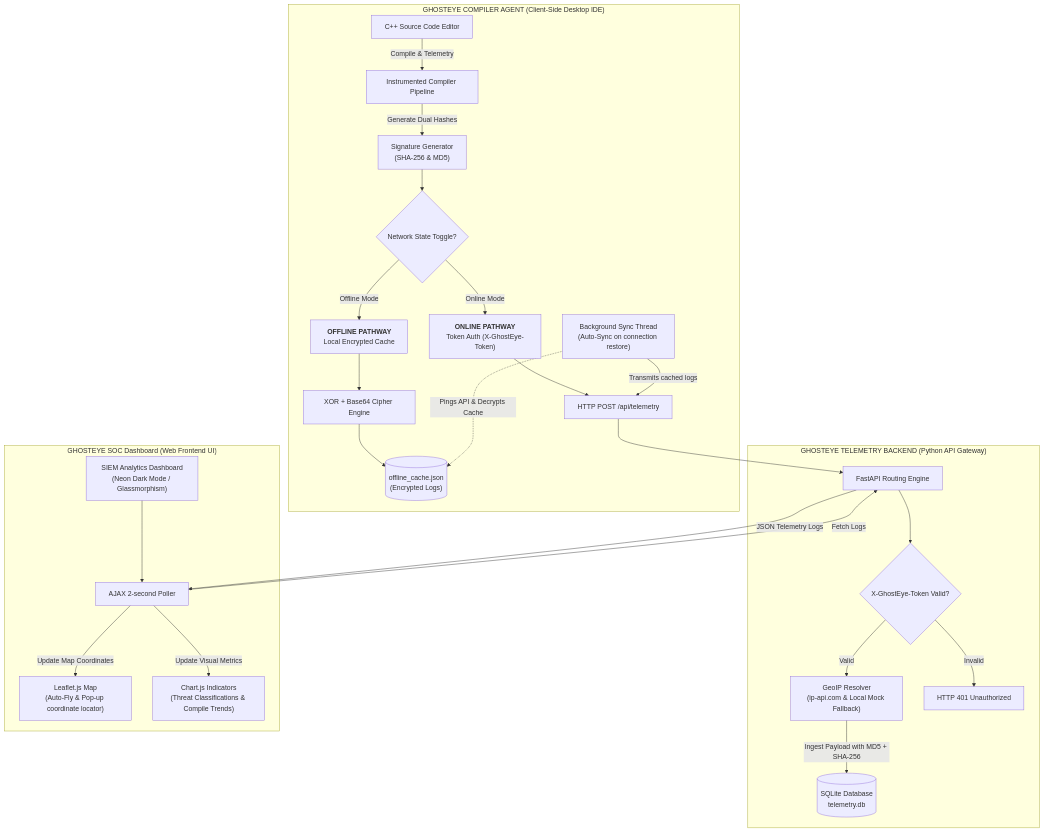
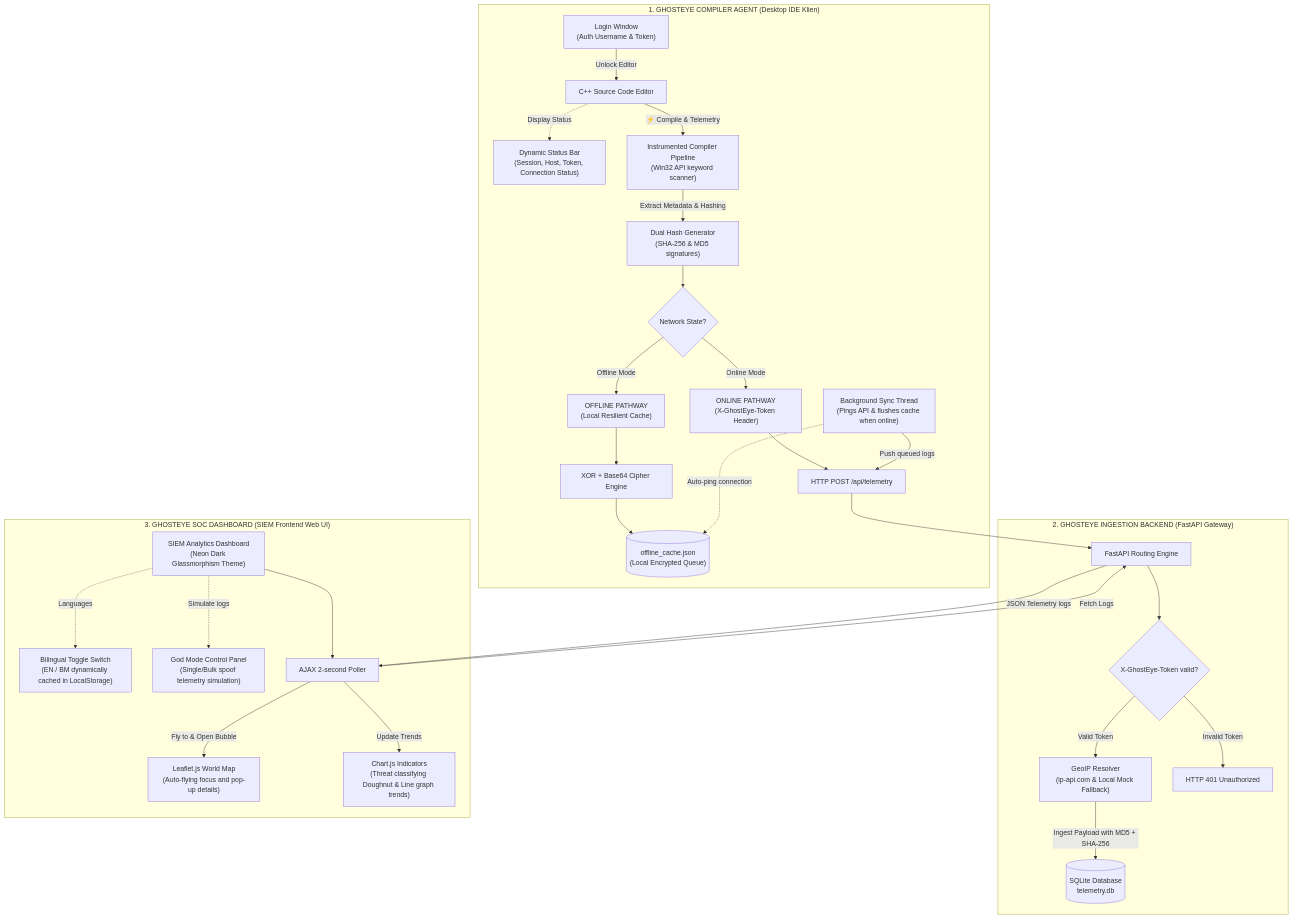
Before and after one commit to yamanisofyan2/ghost-eye: the diagram in README.md, drawn with Mermaid. The commit also changed 2 other files, not shown here.

Commit message:
Update systems architecture diagram flowchart inside README and PROPOSAL and embed the visual image inside the compiled PROPOSAL.docx

````diff
--- a/README.md
+++ b/README.md
@@ -16,60 +16,70 @@
 ```mermaid
 flowchart TD
-    subgraph Client ["GHOSTEYE COMPILER AGENT (Client-Side Desktop IDE)"]
+    subgraph Client ["1. GHOSTEYE COMPILER AGENT (Desktop IDE Klien)"]
+        Login["Login Window<br>(Auth Username & Token)"]
         IDE["C++ Source Code Editor"]
-        Compiler["Instrumented Compiler Pipeline"]
-        HashGen["Signature Generator<br>(SHA-256 & MD5)"]
-        NetState{"Network State Toggle?"}
+        StatusBar["Dynamic Status Bar<br>(Session, Host, Token, Connection Status)"]
+        
+        Compiler["Instrumented Compiler Pipeline<br>(Win32 API keyword scanner)"]
+        HashGen["Dual Hash Generator<br>(SHA-256 & MD5 signatures)"]
+        
+        NetState{"Network State?"}
         
         %% Online Path
-        OnlinePath["<b>ONLINE PATHWAY</b><br>Token Auth (X-GhostEye-Token)"]
+        OnlinePath["ONLINE PATHWAY<br>(X-GhostEye-Token Header)"]
         HTTPPost["HTTP POST /api/telemetry"]
         
         %% Offline Path
-        OfflinePath["<b>OFFLINE PATHWAY</b><br>Local Encrypted Cache"]
+        OfflinePath["OFFLINE PATHWAY<br>(Local Resilient Cache)"]
         EncryptXOR["XOR + Base64 Cipher Engine"]
-        CacheFile[("offline_cache.json<br>(Encrypted Logs)")]
-        SyncThread["Background Sync Thread<br>(Auto-Sync on connection restore)"]
+        CacheFile[("offline_cache.json<br>(Local Encrypted Queue)")]
+        SyncThread["Background Sync Thread<br>(Pings API & flushes cache when online)"]
 
-        IDE -->|Compile & Telemetry| Compiler
-        Compiler -->|Generate Dual Hashes| HashGen
+        Login -->|Unlock Editor| IDE
+        IDE -->|⚡ Compile & Telemetry| Compiler
+        IDE -.->|Display Status| StatusBar
+        Compiler -->|Extract Metadata & Hashing| HashGen
         HashGen --> NetState
         
-        %% Online Routing
+        %% Online
         NetState -->|Online Mode| OnlinePath
         OnlinePath --> HTTPPost
         
-        %% Offline Routing
+        %% Offline
         NetState -->|Offline Mode| OfflinePath
         OfflinePath --> EncryptXOR
         EncryptXOR --> CacheFile
-        SyncThread -.->|Pings API & Decrypts Cache| CacheFile
-        SyncThread -->|Transmits cached logs| HTTPPost
+        SyncThread -.->|Auto-ping connection| CacheFile
+        SyncThread -->|Push queued logs| HTTPPost
     end
 
-    subgraph Server ["GHOSTEYE TELEMETRY BACKEND (Python API Gateway)"]
+    subgraph Server ["2. GHOSTEYE INGESTION BACKEND (FastAPI Gateway)"]
         API["FastAPI Routing Engine"]
-        TokenAuth{"X-GhostEye-Token Valid?"}
+        TokenAuth{"X-GhostEye-Token valid?"}
         GeoIP["GeoIP Resolver<br>(ip-api.com & Local Mock Fallback)"]
         DB[(SQLite Database<br>telemetry.db)]
 
         HTTPPost --> API
         API --> TokenAuth
-        TokenAuth -->|Valid| GeoIP
-        TokenAuth -->|Invalid| HTTP401["HTTP 401 Unauthorized"]
+        TokenAuth -->|Valid Token| GeoIP
+        TokenAuth -->|Invalid Token| HTTP401["HTTP 401 Unauthorized"]
         GeoIP -->|Ingest Payload with MD5 + SHA-256| DB
     end
 
-    subgraph SIEM ["GHOSTEYE SOC Dashboard (Web Frontend UI)"]
-        Dashboard["SIEM Analytics Dashboard<br>(Neon Dark Mode / Glassmorphism)"]
-        LeafletMap["Leaflet.js Map<br>(Auto-Fly & Pop-up coordinate locator)"]
-        Charts["Chart.js Indicators<br>(Threat Classifications & Compile Trends)"]
+    subgraph SIEM ["3. GHOSTEYE SOC DASHBOARD (SIEM Frontend Web UI)"]
+        Dashboard["SIEM Analytics Dashboard<br>(Neon Dark Glassmorphism Theme)"]
+        LangToggle["Bilingual Toggle Switch<br>(EN / BM dynamically cached in LocalStorage)"]
+        LeafletMap["Leaflet.js World Map<br>(Auto-flying focus and pop-up details)"]
+        Charts["Chart.js Indicators<br>(Threat classifying Doughnut & Line graph trends)"]
+        GodMode["God Mode Control Panel<br>(Single/Bulk spoof telemetry simulation)"]
         Poller["AJAX 2-second Poller"]
 
         Poller -->|Fetch Logs| API
-        API -->|JSON Telemetry Logs| Poller
-        Poller -->|Update Map Coordinates| LeafletMap
-        Poller -->|Update Visual Metrics| Charts
+        API -->|JSON Telemetry logs| Poller
         Dashboard --> Poller
+        Dashboard -.->|Languages| LangToggle
+        Dashboard -.->|Simulate logs| GodMode
+        Poller -->|Fly to & Open Bubble| LeafletMap
+        Poller -->|Update Trends| Charts
     end
 ```
````
